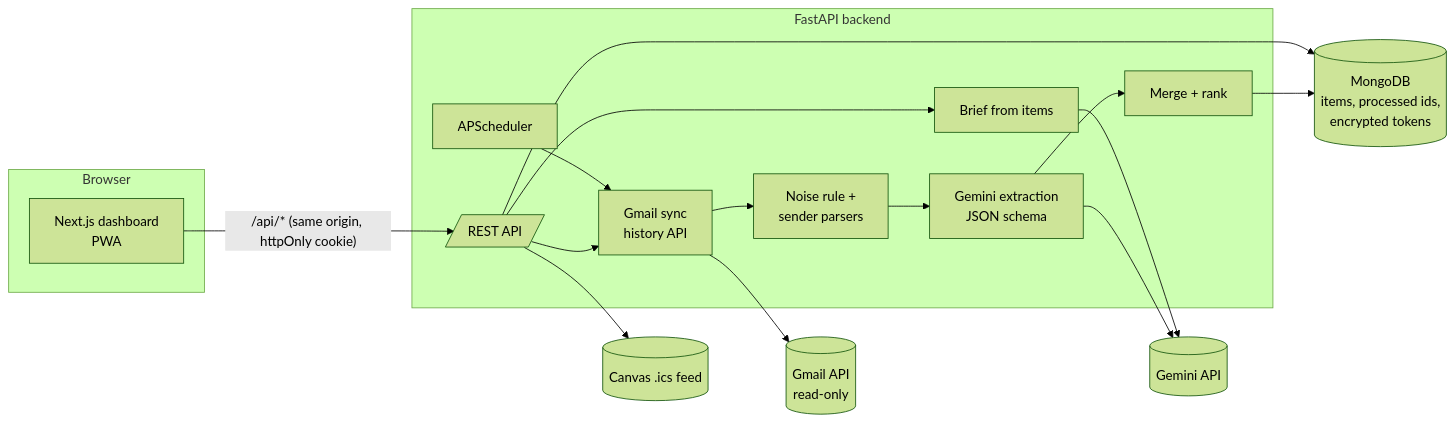
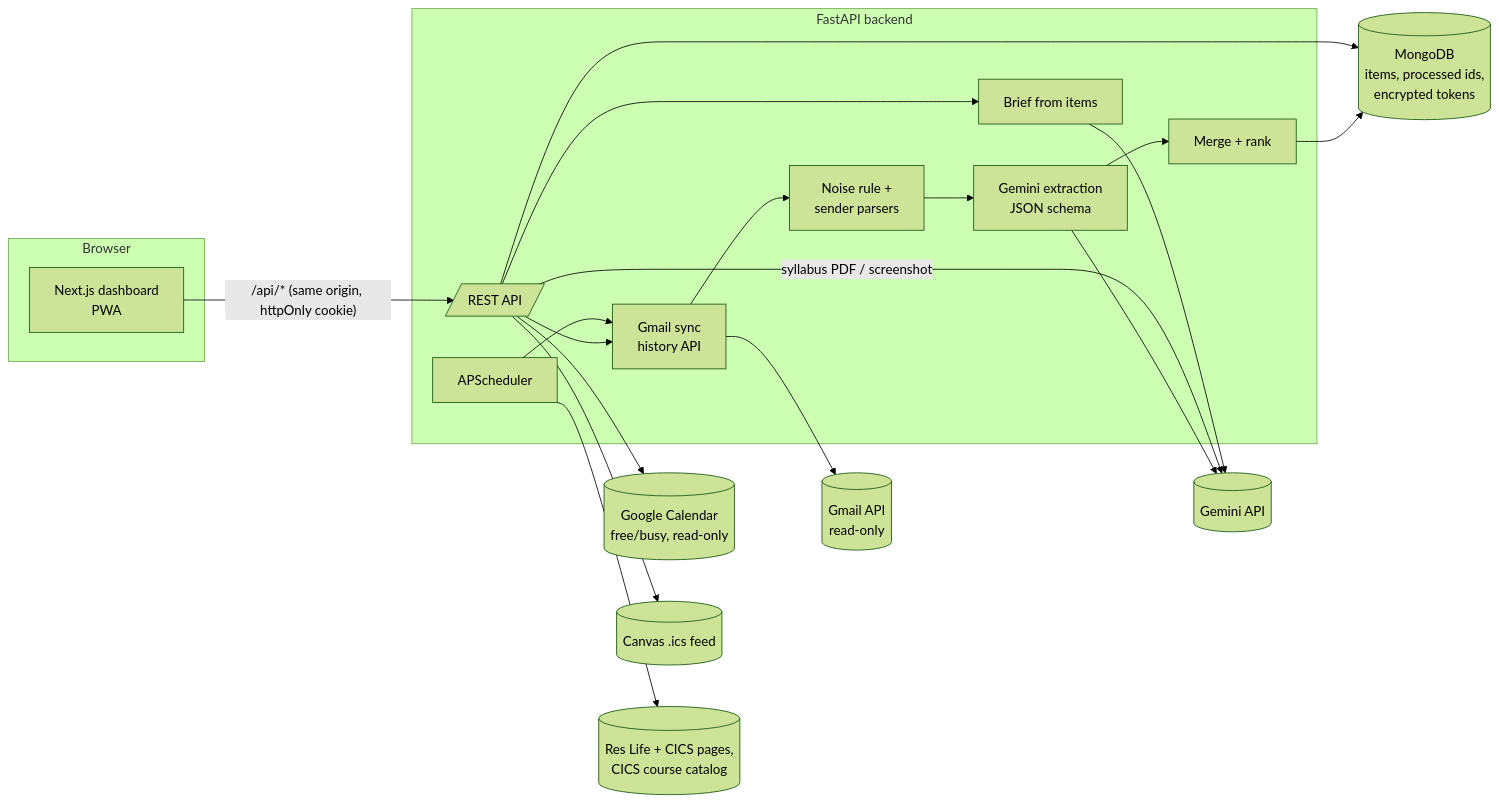
One commit to sidjainnn/umassradar changed the diagram in README.md. Above: the diagram before and after it, drawn with Mermaid (forest theme). The commit also changed other lines of this file, not shown here.

Commit message:
document phase 6 features and course profiles

````diff
--- a/README.md
+++ b/README.md
@@ -25,29 +29,34 @@
 ```mermaid
 flowchart LR
     subgraph Browser
         UI[Next.js dashboard<br/>PWA]
     end
     subgraph Backend[FastAPI backend]
         API[/REST API/]
         Sync[Gmail sync<br/>history API]
         Rules[Noise rule +<br/>sender parsers]
         LLM[Gemini extraction<br/>JSON schema]
         Merge[Merge + rank]
         Brief[Brief from items]
         Sched[APScheduler]
     end
     Gmail[(Gmail API<br/>read-only)]
+    GCal[(Google Calendar<br/>free/busy, read-only)]
     Canvas[(Canvas .ics feed)]
+    Pages[(Res Life + CICS pages,<br/>CICS course catalog)]
     Gemini[(Gemini API)]
     DB[(MongoDB<br/>items, processed ids,<br/>encrypted tokens)]
 
     UI -- "/api/* (same origin, httpOnly cookie)" --> API
     API --> Sync
     Sched --> Sync
     Sync --> Gmail
     Sync --> Rules --> LLM --> Merge --> DB
     LLM --> Gemini
     API --> Canvas
+    API --> GCal
+    Sched --> Pages
+    API -- "syllabus PDF / screenshot" --> Gemini
     API --> Brief --> Gemini
     API --> DB
 ```
````
